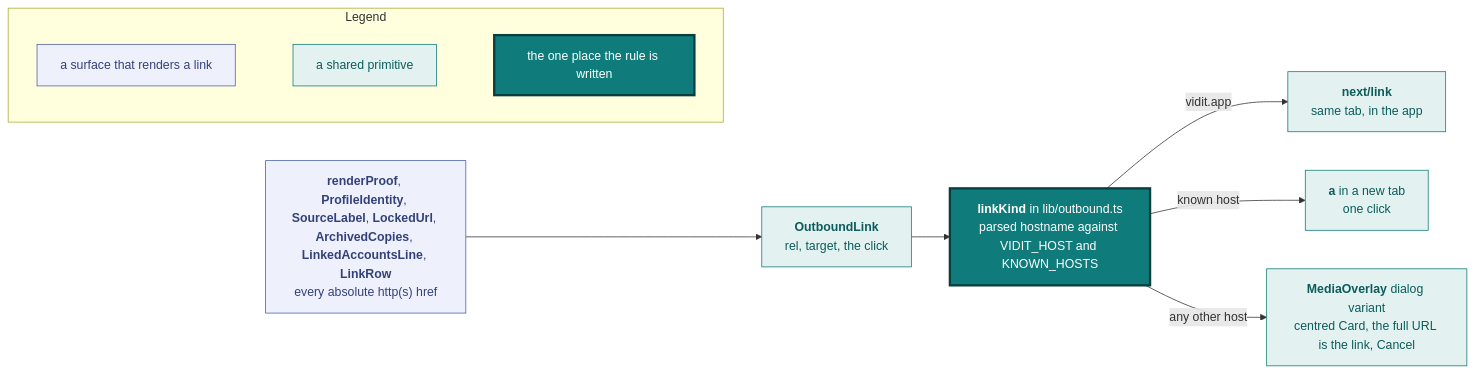
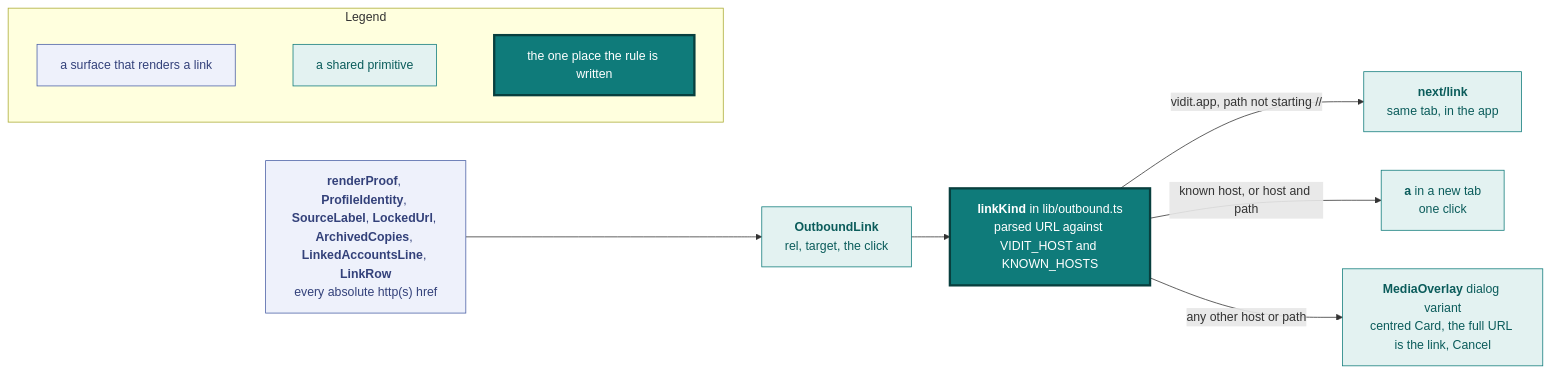
The second of 5 diagrams in docs/design.md (vidithq/vidit), drawn with Mermaid before and after one commit. The commit also changed other lines of this file and 5 other files, not shown here.

````diff
--- a/docs/design.md
+++ b/docs/design.md
@@ -249,32 +249,32 @@
 ```mermaid
 flowchart LR
   classDef spec fill:#eef1fb,stroke:#4a5fa5,color:#33417a
   classDef shared fill:#e3f2f1,stroke:#0f7b7a,color:#0b5c5b
   classDef core fill:#0f7b7a,stroke:#083f3e,stroke-width:3px,color:#ffffff
 
   subgraph legend [Legend]
     direction LR
     l1["`a surface that renders a link`"]:::spec
     l2["`a shared primitive`"]:::shared
     l3["`the one place the rule is written`"]:::core
     l1 ~~~ l2 ~~~ l3
   end
 
   surfaces["`**renderProof**, **ProfileIdentity**, **SourceLabel**, **LockedUrl**, **ArchivedCopies**, **LinkedAccountsLine**, **LinkRow**
   every absolute http(s) href`"]:::spec
   link["`**OutboundLink**
   rel, target, the click`"]:::shared
   kind["`**linkKind** in lib/outbound.ts
-  parsed hostname against VIDIT_HOST and KNOWN_HOSTS`"]:::core
+  parsed URL against VIDIT_HOST and KNOWN_HOSTS`"]:::core
   internal["`**next/link**
   same tab, in the app`"]:::shared
   known["`**a** in a new tab
   one click`"]:::shared
   unknown["`**MediaOverlay** dialog variant
   centred Card, the full URL is the link, Cancel`"]:::shared
 
   surfaces --> link --> kind
-  kind -->|vidit.app| internal
-  kind -->|known host| known
-  kind -->|any other host| unknown
+  kind -->|vidit.app, path not starting //| internal
+  kind -->|known host, or host and path| known
+  kind -->|any other host or path| unknown
 ```
````
